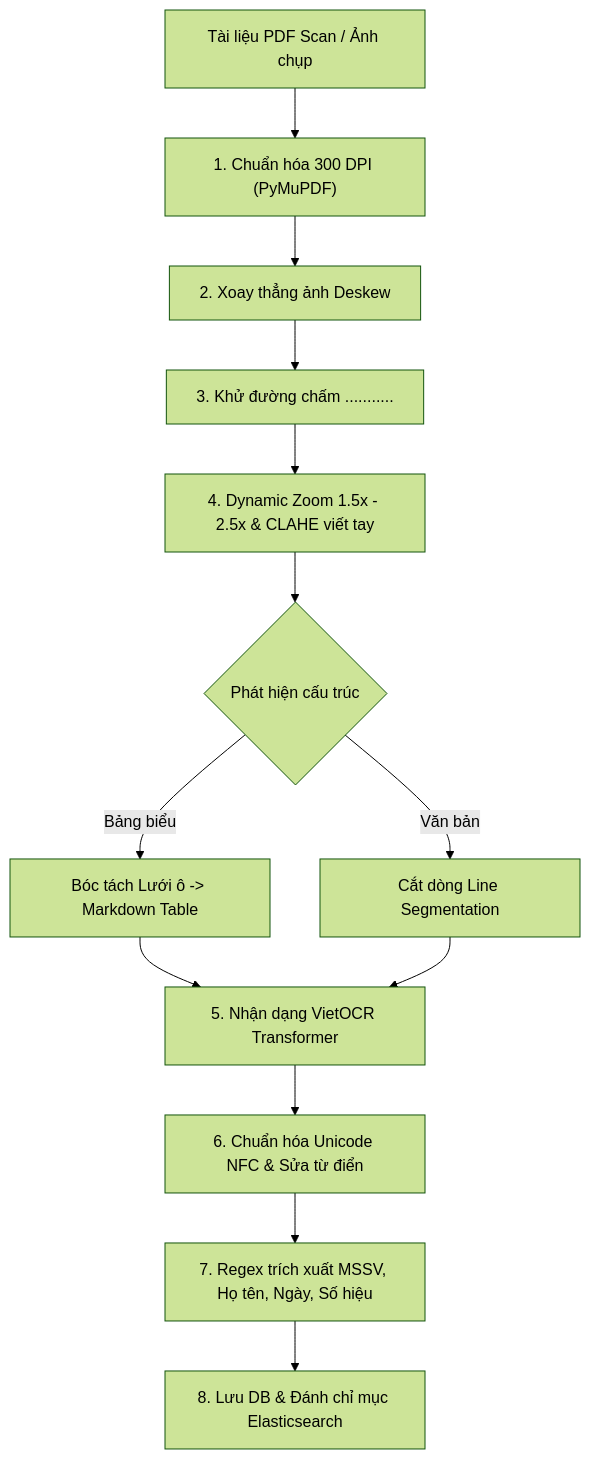
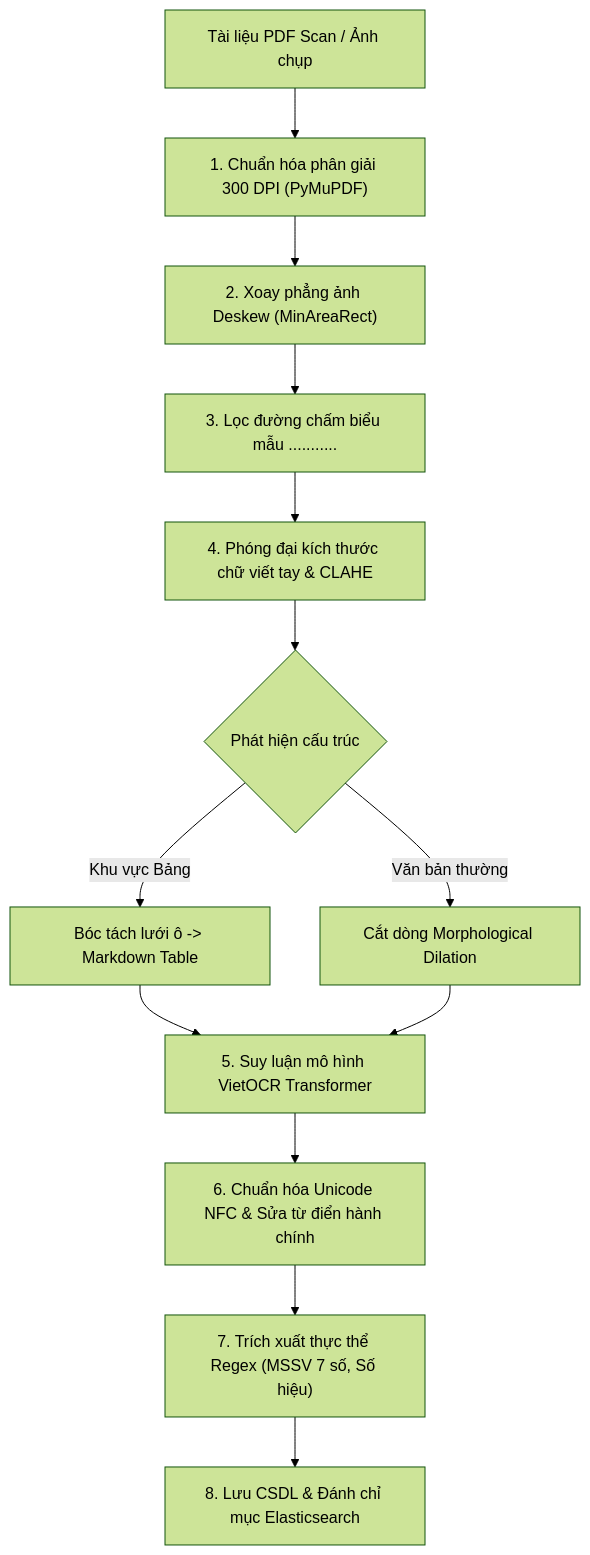
The fourth of 4 diagrams in noidungpp.md (thanh063456/-ATN), drawn with Mermaid (forest theme) before and after one commit. The commit also changed other lines of this file, not shown here.

````diff
--- a/noidungpp.md
+++ b/noidungpp.md
@@ -137,15 +161,15 @@
 ```mermaid
 flowchart TD
-    A["Tài liệu PDF Scan / Ảnh chụp"] --> B["1. Chuẩn hóa 300 DPI (PyMuPDF)"]
-    B --> C["2. Xoay thẳng ảnh Deskew"]
-    C --> D["3. Khử đường chấm ..........."]
-    D --> E["4. Dynamic Zoom 1.5x - 2.5x & CLAHE viết tay"]
-    E --> F{"Phát hiện cấu trúc"}
-    F -->|Bảng biểu| G["Bóc tách Lưới ô -> Markdown Table"]
-    F -->|Văn bản| H["Cắt dòng Line Segmentation"]
-    G --> I["5. Nhận dạng VietOCR Transformer"]
-    H --> I
-    I --> J["6. Chuẩn hóa Unicode NFC & Sửa từ điển"]
-    J --> K["7. Regex trích xuất MSSV, Họ tên, Ngày, Số hiệu"]
-    K --> L["8. Lưu DB & Đánh chỉ mục Elasticsearch"]
+    In["Tài liệu PDF Scan / Ảnh chụp"] --> S1["1. Chuẩn hóa phân giải 300 DPI (PyMuPDF)"]
+    S1 --> S2["2. Xoay phẳng ảnh Deskew (MinAreaRect)"]
+    S2 --> S3["3. Lọc đường chấm biểu mẫu ..........."]
+    S3 --> S4["4. Phóng đại kích thước chữ viết tay & CLAHE"]
+    S4 --> Decision{"Phát hiện cấu trúc"}
+    Decision -->|Khu vực Bảng| S5A["Bóc tách lưới ô -> Markdown Table"]
+    Decision -->|Văn bản thường| S5B["Cắt dòng Morphological Dilation"]
+    S5A --> S6["5. Suy luận mô hình VietOCR Transformer"]
+    S5B --> S6
+    S6 --> S7["6. Chuẩn hóa Unicode NFC & Sửa từ điển hành chính"]
+    S7 --> S8["7. Trích xuất thực thể Regex (MSSV 7 số, Số hiệu)"]
+    S8 --> S9["8. Lưu CSDL & Đánh chỉ mục Elasticsearch"]
 ```
````
